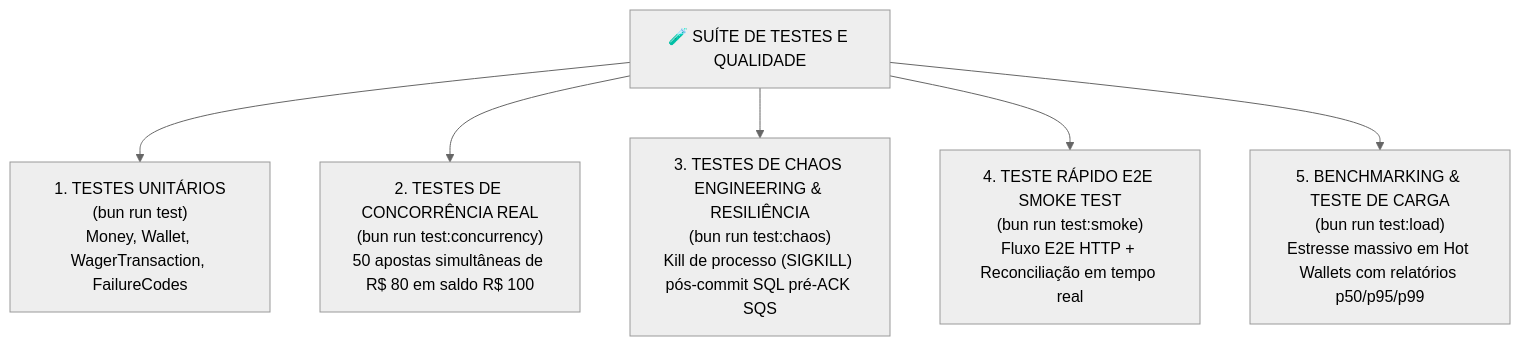
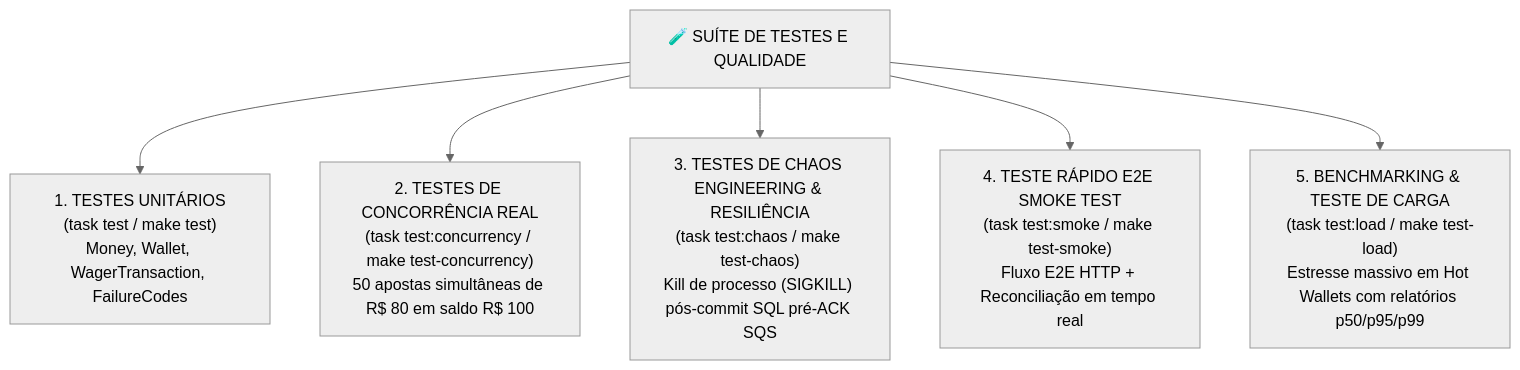
One commit to matheustheus27/DistributedWageringProcessor changed the diagram in docs/06-testes-e-qualidade.md. Above: the diagram before and after it, drawn with Mermaid (neutral theme). The commit also changed other lines of this file and 27 other files, not shown here.

Commit message:
feat: implement infrastructure foundation with SQS messaging, MikroORM repositories, observability, and containerized task management system

````diff
--- a/docs/06-testes-e-qualidade.md
+++ b/docs/06-testes-e-qualidade.md
@@ -9,8 +9,8 @@
 ```mermaid
 flowchart TD
-    Suite["🧪 SUÍTE DE TESTES E QUALIDADE"] --> Unit["1. TESTES UNITÁRIOS\n(bun run test)\nMoney, Wallet, WagerTransaction, FailureCodes"]
-    Suite --> Concurrency["2. TESTES DE CONCORRÊNCIA REAL\n(bun run test:concurrency)\n50 apostas simultâneas de R$ 80 em saldo R$ 100"]
-    Suite --> Chaos["3. TESTES DE CHAOS ENGINEERING & RESILIÊNCIA\n(bun run test:chaos)\nKill de processo (SIGKILL) pós-commit SQL pré-ACK SQS"]
-    Suite --> Smoke["4. TESTE RÁPIDO E2E SMOKE TEST\n(bun run test:smoke)\nFluxo E2E HTTP + Reconciliação em tempo real"]
-    Suite --> Load["5. BENCHMARKING & TESTE DE CARGA\n(bun run test:load)\nEstresse massivo em Hot Wallets com relatórios p50/p95/p99"]
+    Suite["🧪 SUÍTE DE TESTES E QUALIDADE"] --> Unit["1. TESTES UNITÁRIOS\n(task test / make test)\nMoney, Wallet, WagerTransaction, FailureCodes"]
+    Suite --> Concurrency["2. TESTES DE CONCORRÊNCIA REAL\n(task test:concurrency / make test-concurrency)\n50 apostas simultâneas de R$ 80 em saldo R$ 100"]
+    Suite --> Chaos["3. TESTES DE CHAOS ENGINEERING & RESILIÊNCIA\n(task test:chaos / make test-chaos)\nKill de processo (SIGKILL) pós-commit SQL pré-ACK SQS"]
+    Suite --> Smoke["4. TESTE RÁPIDO E2E SMOKE TEST\n(task test:smoke / make test-smoke)\nFluxo E2E HTTP + Reconciliação em tempo real"]
+    Suite --> Load["5. BENCHMARKING & TESTE DE CARGA\n(task test:load / make test-load)\nEstresse massivo em Hot Wallets com relatórios p50/p95/p99"]
 ```
````
